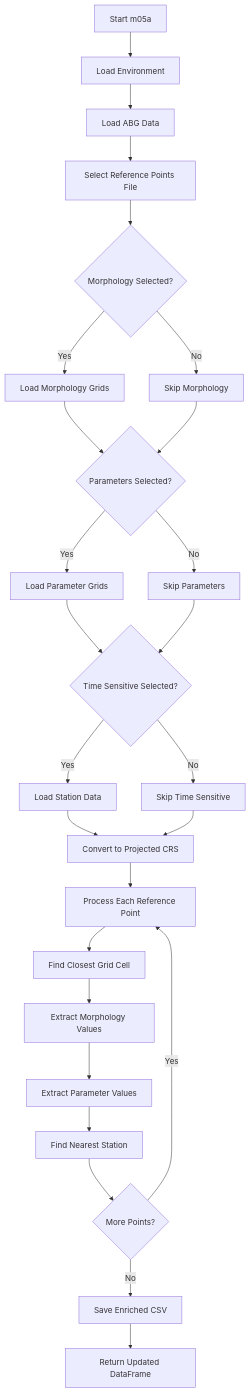
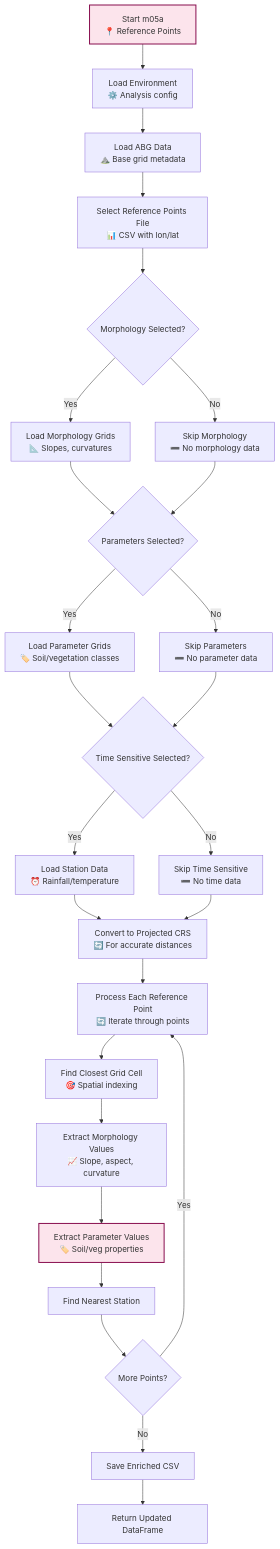
Before and after one commit to sasa-misia/P-SLIP: the diagram in docs/scripts/mains/m05a_reference_points_info.md, drawn with Mermaid. The commit also changed 15 other files, not shown here.

Commit message:
docs: enhance documentation with detailed flowcharts and improve clarity in process descriptions

````diff
--- a/docs/scripts/mains/m05a_reference_points_info.md
+++ b/docs/scripts/mains/m05a_reference_points_info.md
@@ -169,28 +169,33 @@
 ```mermaid
 graph TD
-    A[Start m05a] --> B[Load Environment]
-    B --> C[Load ABG Data]
-    C --> D[Select Reference Points File]
+    %% Reference Points Analysis Flow
+    A["Start m05a<br/>📍 Reference Points"] --> B["Load Environment<br/>⚙️ Analysis config"]
+    B --> C["Load ABG Data<br/>⛰️ Base grid metadata"]
+    C --> D["Select Reference Points File<br/>📊 CSV with lon/lat"]
     D --> E{Morphology Selected?}
-    E -->|Yes| F[Load Morphology Grids]
-    E -->|No| G[Skip Morphology]
+    E -->|Yes| F["Load Morphology Grids<br/>📐 Slopes, curvatures"]
+    E -->|No| G["Skip Morphology<br/>➖ No morphology data"]
     F --> H{Parameters Selected?}
     G --> H
-    H -->|Yes| I[Load Parameter Grids]
-    H -->|No| J[Skip Parameters]
+    H -->|Yes| I["Load Parameter Grids<br/>🏷️ Soil/vegetation classes"]
+    H -->|No| J["Skip Parameters<br/>➖ No parameter data"]
     I --> K{Time Sensitive Selected?}
     J --> K
-    K -->|Yes| L[Load Station Data]
-    K -->|No| M[Skip Time Sensitive]
-    L --> N[Convert to Projected CRS]
+    K -->|Yes| L["Load Station Data<br/>⏰ Rainfall/temperature"]
+    K -->|No| M["Skip Time Sensitive<br/>➖ No time data"]
+    L --> N["Convert to Projected CRS<br/>🔄 For accurate distances"]
     M --> N
-    N --> O[Process Each Reference Point]
-    O --> P[Find Closest Grid Cell]
-    P --> Q[Extract Morphology Values]
-    Q --> R[Extract Parameter Values]
+    N --> O["Process Each Reference Point<br/>🔄 Iterate through points"]
+    O --> P["Find Closest Grid Cell<br/>🎯 Spatial indexing"]
+    P --> Q["Extract Morphology Values<br/>📈 Slope, aspect, curvature"]
+    Q --> R["Extract Parameter Values<br/>🏷️ Soil/veg properties"]
+    
+    %% Styling
+    style A fill:#fce4ec,stroke:#880e4f,stroke-width:2px
+    style R fill:#fce4ec,stroke:#880e4f,stroke-width:2px
     R --> S[Find Nearest Station]
     S --> T{More Points?}
     T -->|Yes| O
     T -->|No| U[Save Enriched CSV]
     U --> V[Return Updated DataFrame]
 ```
````
